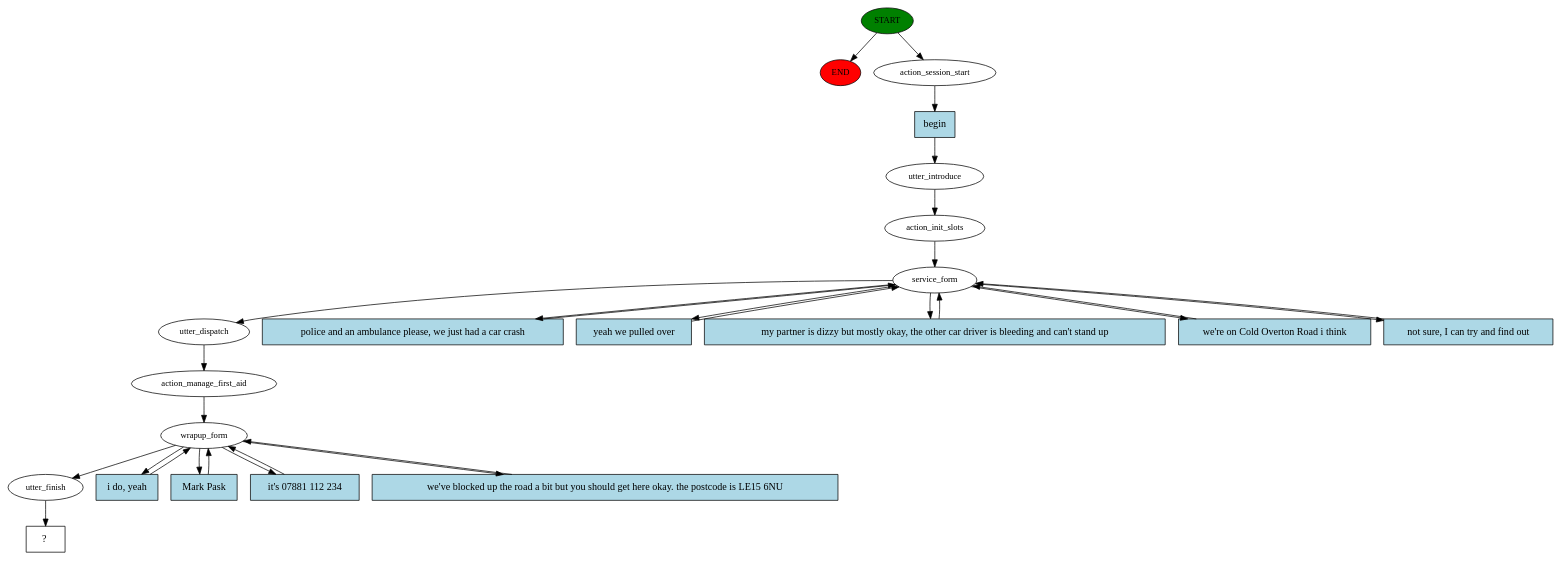
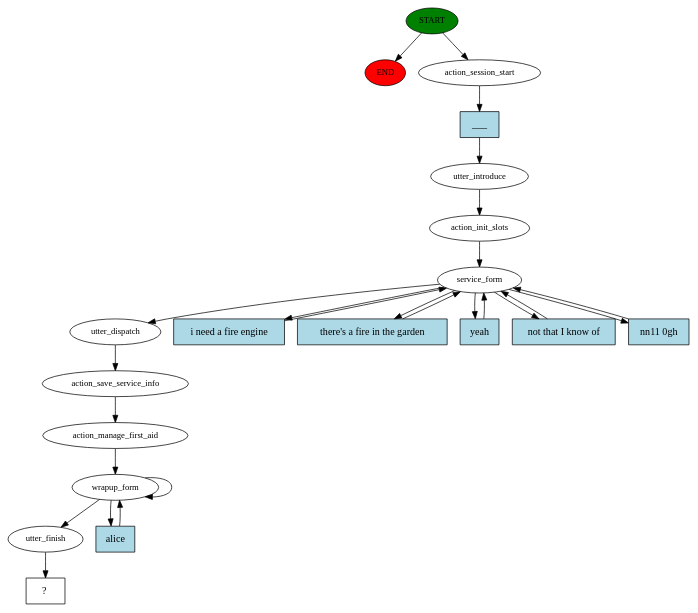
Before and after one commit to JackFarmer132/CS310Project: the diagram in chatbot/story_graph.dot, drawn with Graphviz. The commit also changed 10 other files, not shown here.

```diff
--- a/chatbot/story_graph.dot
+++ b/chatbot/story_graph.dot
@@ -1,52 +1,46 @@
 digraph  {
 0 [class="start active", fillcolor=green, fontsize=12, label=START, style=filled];
 "-1" [class=end, fillcolor=red, fontsize=12, label=END, style=filled];
 1 [class=active, fontsize=12, label=action_session_start];
 2 [class=active, fontsize=12, label=utter_introduce];
 3 [class=active, fontsize=12, label=action_init_slots];
 4 [class=active, fontsize=12, label=service_form];
-10 [class=active, fontsize=12, label=utter_dispatch];
-11 [class=active, fontsize=12, label=action_manage_first_aid];
-12 [class=active, fontsize=12, label=wrapup_form];
-17 [class=active, fontsize=12, label=utter_finish];
-18 [class="intent dashed active", label="  ?  ", shape=rect];
-19 [class="intent active", fillcolor=lightblue, label=begin, shape=rect, style=filled];
-20 [class="intent active", fillcolor=lightblue, label="police and an ambulance please, we just had a car crash", shape=rect, style=filled];
-21 [class="intent active", fillcolor=lightblue, label="yeah we pulled over", shape=rect, style=filled];
-22 [class="intent active", fillcolor=lightblue, label="my partner is dizzy but mostly okay, the other car driver is bleeding and can't stand up", shape=rect, style=filled];
-23 [class="intent active", fillcolor=lightblue, label="we're on Cold Overton Road i think", shape=rect, style=filled];
-24 [class="intent active", fillcolor=lightblue, label="not sure, I can try and find out", shape=rect, style=filled];
-25 [class="intent active", fillcolor=lightblue, label="i do, yeah", shape=rect, style=filled];
-26 [class="intent active", fillcolor=lightblue, label="Mark Pask", shape=rect, style=filled];
-27 [class="intent active", fillcolor=lightblue, label="it's 07881 112 234", shape=rect, style=filled];
-28 [class="intent active", fillcolor=lightblue, label="we've blocked up the road a bit but you should get here okay. the postcode is LE15 6NU", shape=rect, style=filled];
+11 [class=active, fontsize=12, label=utter_dispatch];
+12 [class=active, fontsize=12, label=action_save_service_info];
+13 [class=active, fontsize=12, label=action_manage_first_aid];
+14 [class=active, fontsize=12, label=wrapup_form];
+20 [class=active, fontsize=12, label=utter_finish];
+21 [class="intent dashed active", label="  ?  ", shape=rect];
+22 [class="intent active", fillcolor=lightblue, label=___, shape=rect, style=filled];
+23 [class="intent active", fillcolor=lightblue, label="i need a fire engine", shape=rect, style=filled];
+24 [class="intent active", fillcolor=lightblue, label="there's a fire in the garden", shape=rect, style=filled];
+25 [class="intent active", fillcolor=lightblue, label=yeah, shape=rect, style=filled];
+26 [class="intent active", fillcolor=lightblue, label="not that I know of", shape=rect, style=filled];
+27 [class="intent active", fillcolor=lightblue, label="nn11 0gh", shape=rect, style=filled];
+28 [class="intent active", fillcolor=lightblue, label=alice, shape=rect, style=filled];
 0 -> "-1"  [class="", key=NONE, label=""];
 0 -> 1  [class=active, key=NONE, label=""];
-1 -> 19  [class=active, key=0];
+1 -> 22  [class=active, key=0];
 2 -> 3  [class=active, key=NONE, label=""];
 3 -> 4  [class=active, key=NONE, label=""];
-4 -> 10  [class=active, key=NONE, label=""];
-4 -> 20  [class=active, key=0];
-4 -> 21  [class=active, key=0];
-4 -> 22  [class=active, key=0];
+4 -> 11  [class=active, key=NONE, label=""];
 4 -> 23  [class=active, key=0];
 4 -> 24  [class=active, key=0];
-10 -> 11  [class=active, key=NONE, label=""];
+4 -> 25  [class=active, key=0];
+4 -> 26  [class=active, key=0];
+4 -> 27  [class=active, key=0];
 11 -> 12  [class=active, key=NONE, label=""];
-12 -> 17  [class=active, key=NONE, label=""];
-12 -> 25  [class=active, key=0];
-12 -> 26  [class=active, key=0];
-12 -> 27  [class=active, key=0];
-12 -> 28  [class=active, key=0];
-17 -> 18  [class=active, key=NONE, label=""];
-19 -> 2  [class=active, key=0];
-20 -> 4  [class=active, key=0];
-21 -> 4  [class=active, key=0];
-22 -> 4  [class=active, key=0];
+12 -> 13  [class=active, key=NONE, label=""];
+13 -> 14  [class=active, key=NONE, label=""];
+14 -> 14  [class=active, key=NONE, label=""];
+14 -> 20  [class=active, key=NONE, label=""];
+14 -> 28  [class=active, key=0];
+20 -> 21  [class=active, key=NONE, label=""];
+22 -> 2  [class=active, key=0];
 23 -> 4  [class=active, key=0];
 24 -> 4  [class=active, key=0];
-25 -> 12  [class=active, key=0];
-26 -> 12  [class=active, key=0];
-27 -> 12  [class=active, key=0];
-28 -> 12  [class=active, key=0];
+25 -> 4  [class=active, key=0];
+26 -> 4  [class=active, key=0];
+27 -> 4  [class=active, key=0];
+28 -> 14  [class=active, key=0];
 }
```
